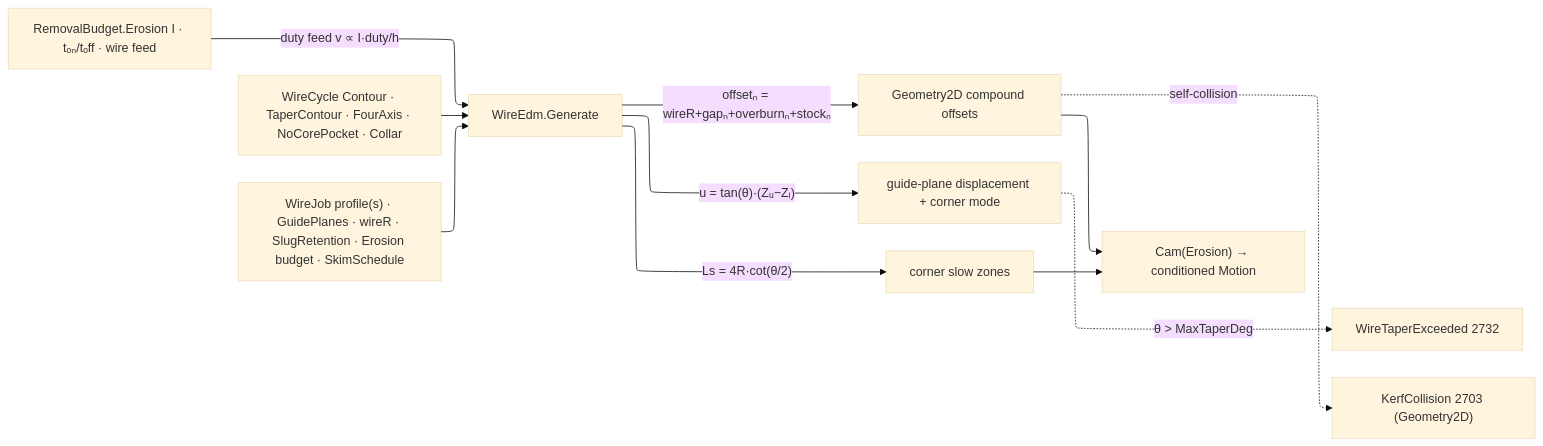
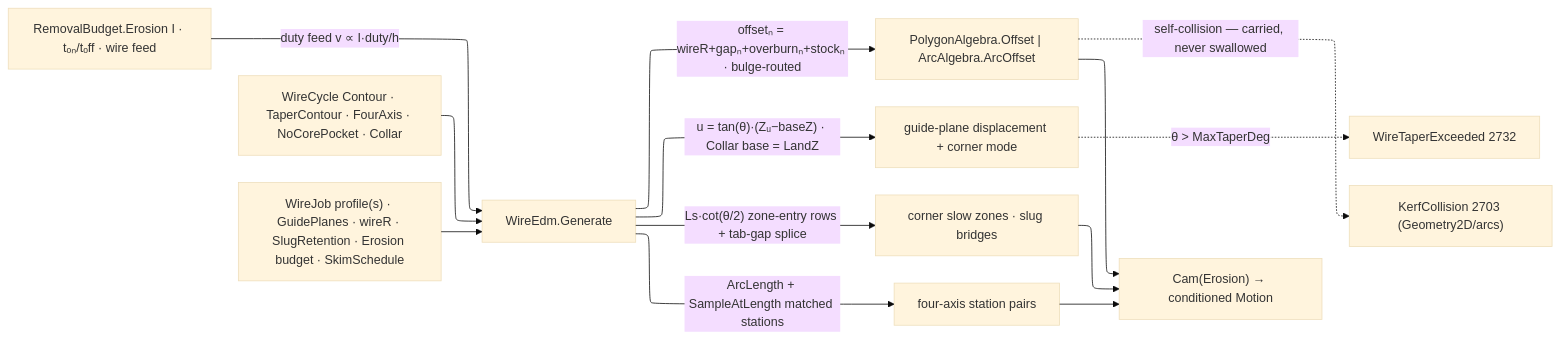
The diagram in libs/csharp/Rasm.Fabrication/.planning/Toolpath/wire.md (bsamiee/Rasm), drawn with Mermaid before and after one commit. The commit also changed other lines of this file and 79 other files, not shown here.

````diff
--- a/libs/csharp/Rasm.Fabrication/.planning/Toolpath/wire.md
+++ b/libs/csharp/Rasm.Fabrication/.planning/Toolpath/wire.md
@@ -162,18 +223,20 @@
 ```mermaid
 ---
 config:
   layout: elk
   theme: base
 ---
 flowchart LR
     Cycle["WireCycle Contour · TaperContour · FourAxis · NoCorePocket · Collar"] --> Gen["WireEdm.Generate"]
     Job["WireJob profile(s) · GuidePlanes · wireR · SlugRetention · Erosion budget · SkimSchedule"] --> Gen
     Budget["RemovalBudget.Erosion I · tₒₙ/tₒff · wire feed"] -->|"duty feed v ∝ I·duty/h"| Gen
-    Gen -->|"offsetₙ = wireR+gapₙ+overburnₙ+stockₙ"| Offsets["Geometry2D compound offsets"]
-    Gen -->|"u = tan(θ)·(Zᵤ−Zₗ)"| Taper["guide-plane displacement + corner mode"]
-    Gen -->|"Ls = 4R·cot(θ/2)"| Corners["corner slow zones"]
+    Gen -->|"offsetₙ = wireR+gapₙ+overburnₙ+stockₙ · bulge-routed"| Offsets["PolygonAlgebra.Offset | ArcAlgebra.ArcOffset"]
+    Gen -->|"u = tan(θ)·(Zᵤ−baseZ) · Collar base = LandZ"| Taper["guide-plane displacement + corner mode"]
+    Gen -->|"Ls·cot(θ/2) zone-entry rows + tab-gap splice"| Corners["corner slow zones · slug bridges"]
+    Gen -->|"ArcLength + SampleAtLength matched stations"| Paired["four-axis station pairs"]
     Taper -.->|"θ > MaxTaperDeg"| Fault["WireTaperExceeded 2732"]
-    Offsets -.->|self-collision| Kerf["KerfCollision 2703 (Geometry2D)"]
+    Offsets -.->|"self-collision — carried, never swallowed"| Kerf["KerfCollision 2703 (Geometry2D/arcs)"]
     Offsets --> Motion["Cam(Erosion) → conditioned Motion"]
     Corners --> Motion
+    Paired --> Motion
 ```
````
